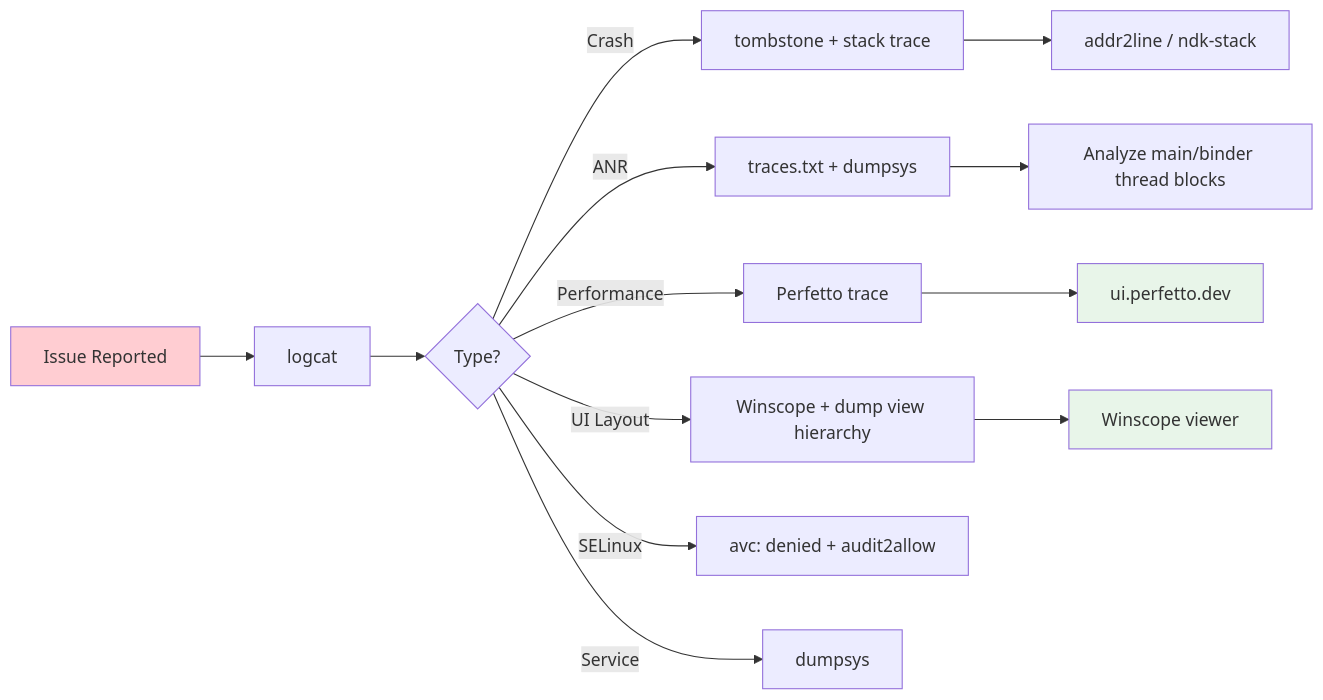
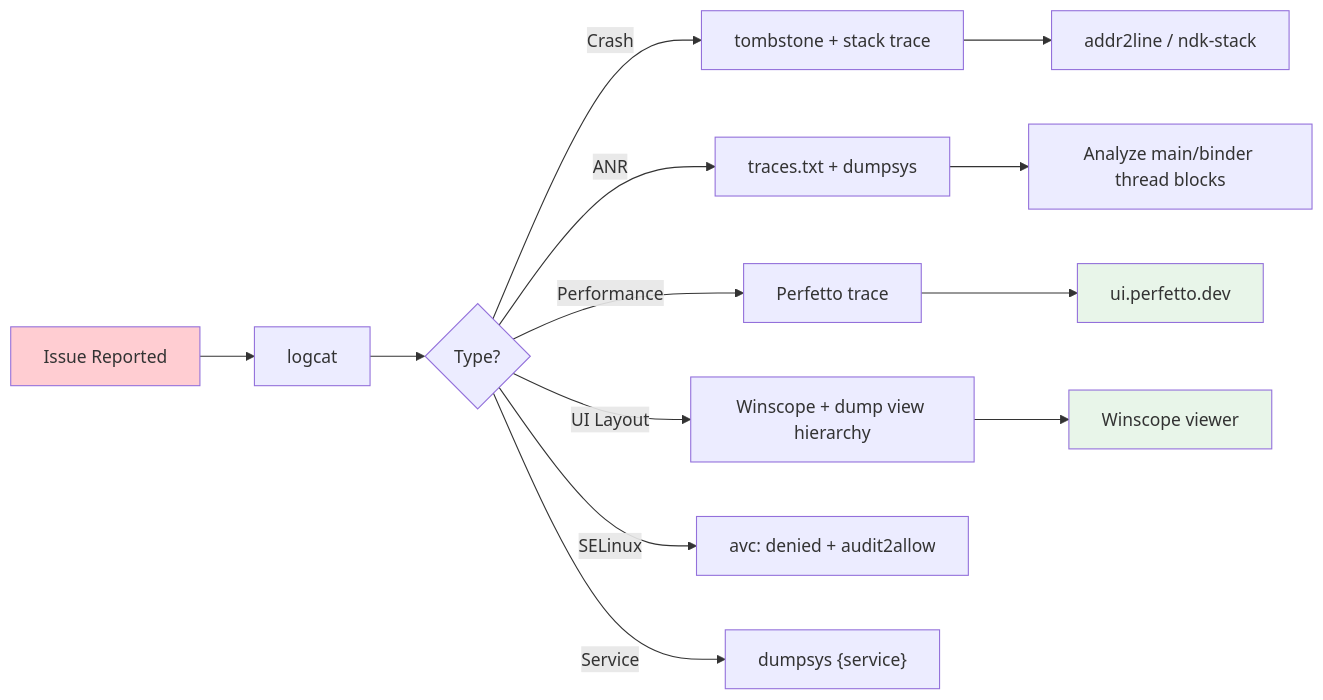
One commit to fwrite0920/aosp-internal-book changed diagram 12 of 18 in 63-custom-rom.md. Above: the diagram before and after it, drawn with Mermaid. The commit also changed 21 other files, not shown here.

First line of the commit message:
Fix Mermaid diagrams and formatting in Parts IX-XV and Appendix A (chapters 40-63)

````diff
--- a/63-custom-rom.md
+++ b/63-custom-rom.md
@@ -3007,20 +3007,20 @@
 ```mermaid
 graph LR
     A["Issue Reported"] --> B["logcat"]
     B --> C{Type?}
     C -->|Crash| D["tombstone + stack trace"]
     C -->|ANR| E["traces.txt + dumpsys"]
     C -->|Performance| F["Perfetto trace"]
     C -->|UI Layout| G["Winscope + dump view hierarchy"]
     C -->|SELinux| H["avc: denied + audit2allow"]
-    C -->|Service| I["dumpsys <service>"]
+    C -->|Service| I["dumpsys {service}"]
 
     D --> J["addr2line / ndk-stack"]
     E --> K["Analyze main/binder thread blocks"]
     F --> L["ui.perfetto.dev"]
     G --> M["Winscope viewer"]
 
     style A fill:#ffcdd2
     style L fill:#e8f5e9
     style M fill:#e8f5e9
 ```
````
